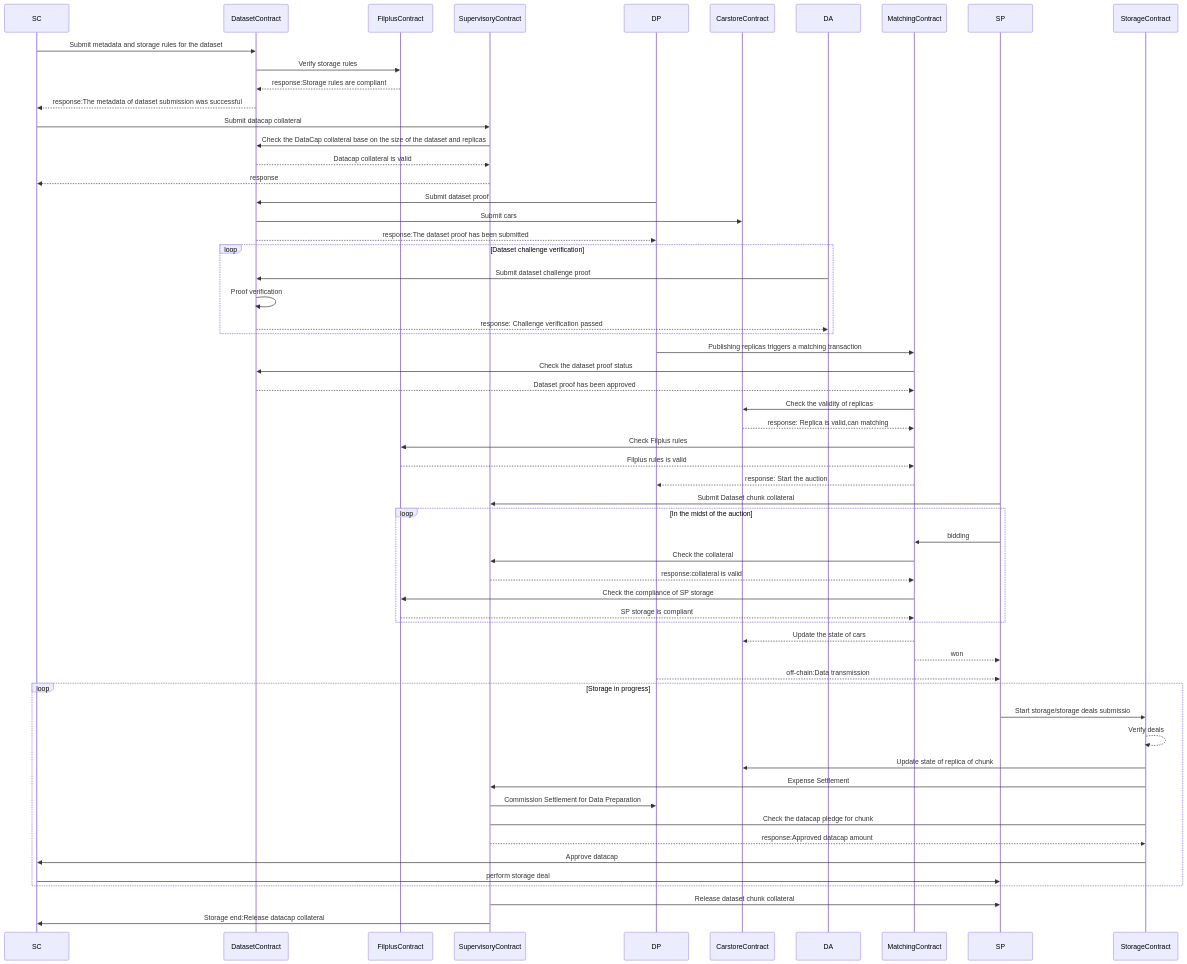
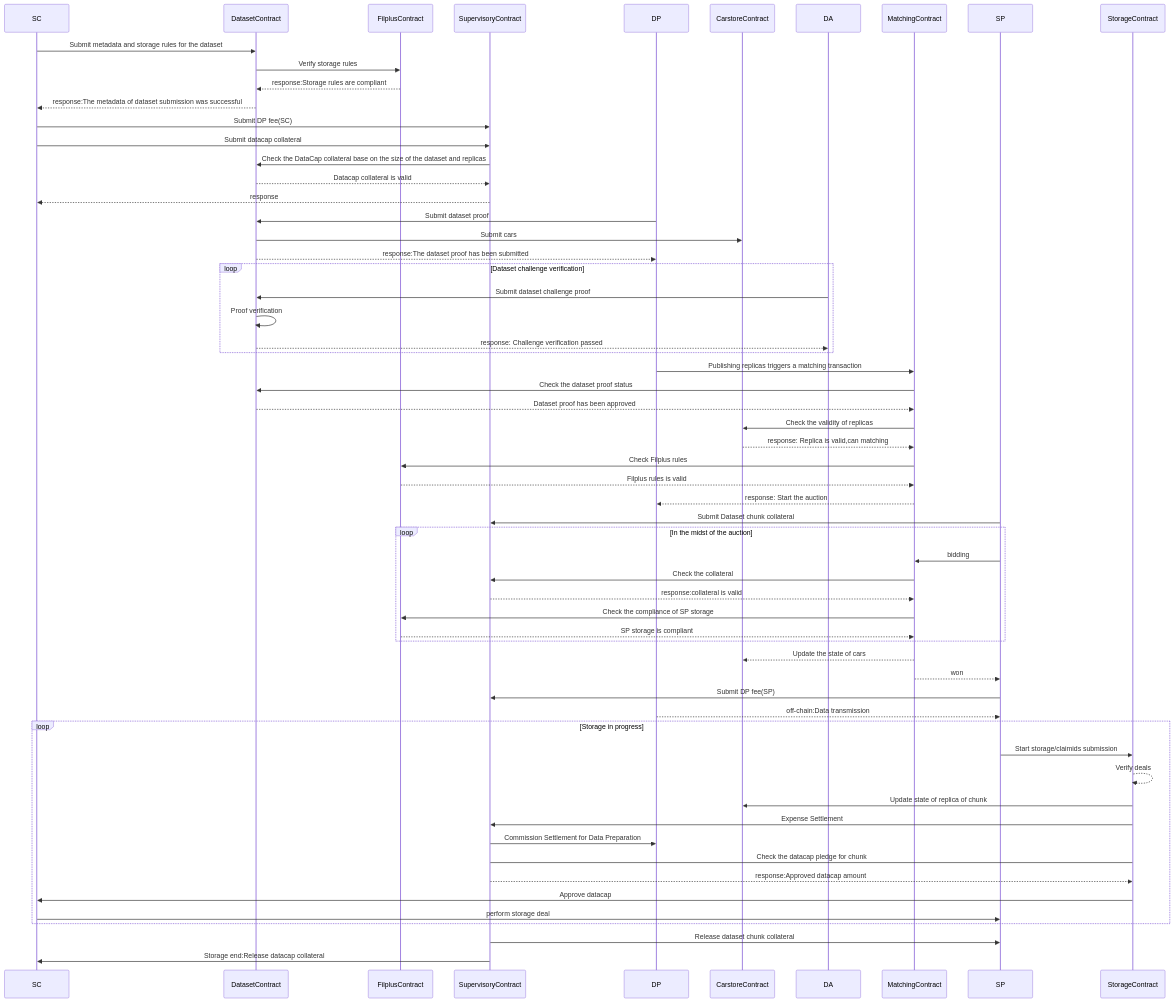
The second of 2 diagrams in systems/README.md (dataswap/specs), drawn with Mermaid before and after one commit. The commit also changed other lines of this file, not shown here.

Commit message:
update sequence diagram

````diff
--- a/systems/README.md
+++ b/systems/README.md
@@ -48,54 +39,56 @@
 ```mermaid
 sequenceDiagram
 
 %%{init:{'themeCSS':'g:nth-of-type(3) rect.actor { stroke:lightgreen;fill: lightgreen; }; g:nth-of-type(4) rect.actor { stroke:lightgreen;fill: lightgreen; }; g:nth-of-type(5) rect.actor { stroke:lightgreen;fill: lightgreen; }; g:nth-of-type(7) rect.actor { stroke:lightgreen;fill: lightgreen; }; g:nth-of-type(9) rect.actor { stroke:lightgreen;fill: lightgreen; }; g:nth-of-type(11) rect.actor { stroke:lightgreen;fill: lightgreen; }; g:nth-of-type(16) rect.actor { stroke:lightgreen;fill: lightgreen; }; g:nth-of-type(17) rect.actor { stroke:lightgreen;fill: lightgreen; }; g:nth-of-type(18) rect.actor { stroke:lightgreen;fill: lightgreen; }; g:nth-of-type(20) rect.actor { stroke:lightgreen;fill: lightgreen; }; g:nth-of-type(22) rect.actor { stroke:lightgreen;fill: lightgreen; }; g:nth-of-type(24) rect.actor { stroke:lightgreen;fill: lightgreen; }; '}}%%
  
 SC->>DatasetContract: Submit metadata and storage rules for the dataset
 DatasetContract->>FilplusContract: Verify storage rules
 FilplusContract-->>DatasetContract: response:Storage rules are compliant
 DatasetContract-->>SC: response:The metadata of dataset submission was successful
+SC->>SupervisoryContract: Submit DP fee(SC) 
 SC->>SupervisoryContract: Submit datacap collateral
 SupervisoryContract->>DatasetContract:Check the DataCap collateral base on the size of the dataset and replicas
 DatasetContract-->>SupervisoryContract: Datacap collateral is valid
 SupervisoryContract-->>SC: response
 DP->>DatasetContract: Submit dataset proof 
 DatasetContract->>CarstoreContract: Submit cars 
 DatasetContract-->>DP: response:The dataset proof has been submitted
 loop Dataset challenge verification
 DA->>DatasetContract: Submit dataset challenge proof 
 DatasetContract->>DatasetContract: Proof verification
 DatasetContract-->>DA: response: Challenge verification passed
 end
 DP->>MatchingContract: Publishing replicas triggers a matching transaction
 MatchingContract->>DatasetContract: Check the dataset proof status
 DatasetContract-->>MatchingContract: Dataset proof has been approved
 MatchingContract->>CarstoreContract: Check the validity of replicas
 CarstoreContract-->>MatchingContract: response: Replica is valid,can matching
 MatchingContract->>FilplusContract: Check Filplus rules
 FilplusContract-->>MatchingContract: Filplus rules is valid 
 MatchingContract-->>DP: response: Start the auction
 SP->>SupervisoryContract: Submit Dataset chunk collateral
 loop In the midst of the auction
 SP->>MatchingContract: bidding
 MatchingContract->>SupervisoryContract: Check the collateral
 SupervisoryContract-->>MatchingContract: response:collateral is valid
 MatchingContract->>FilplusContract: Check the compliance of SP storage
 FilplusContract-->>MatchingContract: SP storage is compliant
 end
 MatchingContract-->>CarstoreContract: Update the state of cars
 MatchingContract-->>SP: won
+SP->>SupervisoryContract: Submit DP fee(SP)
 DP-->>SP: off-chain:Data transmission
 loop Storage in progress
-SP->>StorageContract: Start storage/storage deals submissio
+SP->>StorageContract: Start storage/claimids submission
 StorageContract-->>StorageContract: Verify deals
 StorageContract->>CarstoreContract:  Update state of replica of chunk
 StorageContract->>SupervisoryContract: Expense Settlement
 SupervisoryContract->>DP: Commission Settlement for Data Preparation
 StorageContract->SupervisoryContract: Check the datacap pledge for chunk
 SupervisoryContract-->>StorageContract: response:Approved datacap amount
 StorageContract->>SC: Approve datacap
 SC->>SP: perform storage deal
 end
 SupervisoryContract->>SP: Release dataset chunk collateral 
 SupervisoryContract->>SC: Storage end:Release datacap collateral
 ```
````
